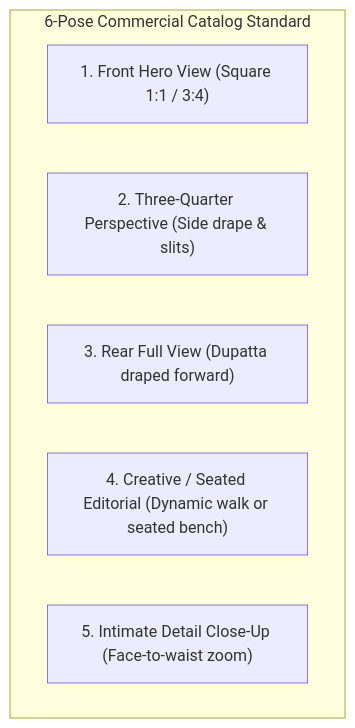
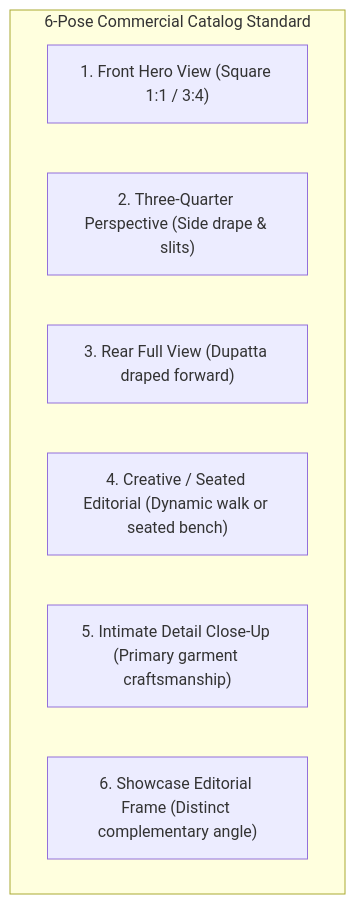
The diagram in youthnic-ai-studio-docs/introduction/main-capabilities.mdx (pawanshukla500/aistudio-youthnic), drawn with Mermaid before and after one commit. The commit also changed other lines of this file and 26 other files, not shown here.

First line of the commit message:
feat(ai-routing): Meta Muse Spark high + GPT 6.1 Terra high fallback & /ponytail + /graphify workflow docs (#146)

````diff
--- a/youthnic-ai-studio-docs/introduction/main-capabilities.mdx
+++ b/youthnic-ai-studio-docs/introduction/main-capabilities.mdx
@@ -37,10 +37,11 @@
 ```mermaid
 graph TD
     subgraph "6-Pose Commercial Catalog Standard"
         P1["1. Front Hero View (Square 1:1 / 3:4)"]
         P2["2. Three-Quarter Perspective (Side drape & slits)"]
         P3["3. Rear Full View (Dupatta draped forward)"]
         P4["4. Creative / Seated Editorial (Dynamic walk or seated bench)"]
-        P5["5. Intimate Detail Close-Up (Face-to-waist zoom)"]
+        P5["5. Intimate Detail Close-Up (Primary garment craftsmanship)"]
+        P6["6. Showcase Editorial Frame (Distinct complementary angle)"]
     end
 ```
````
